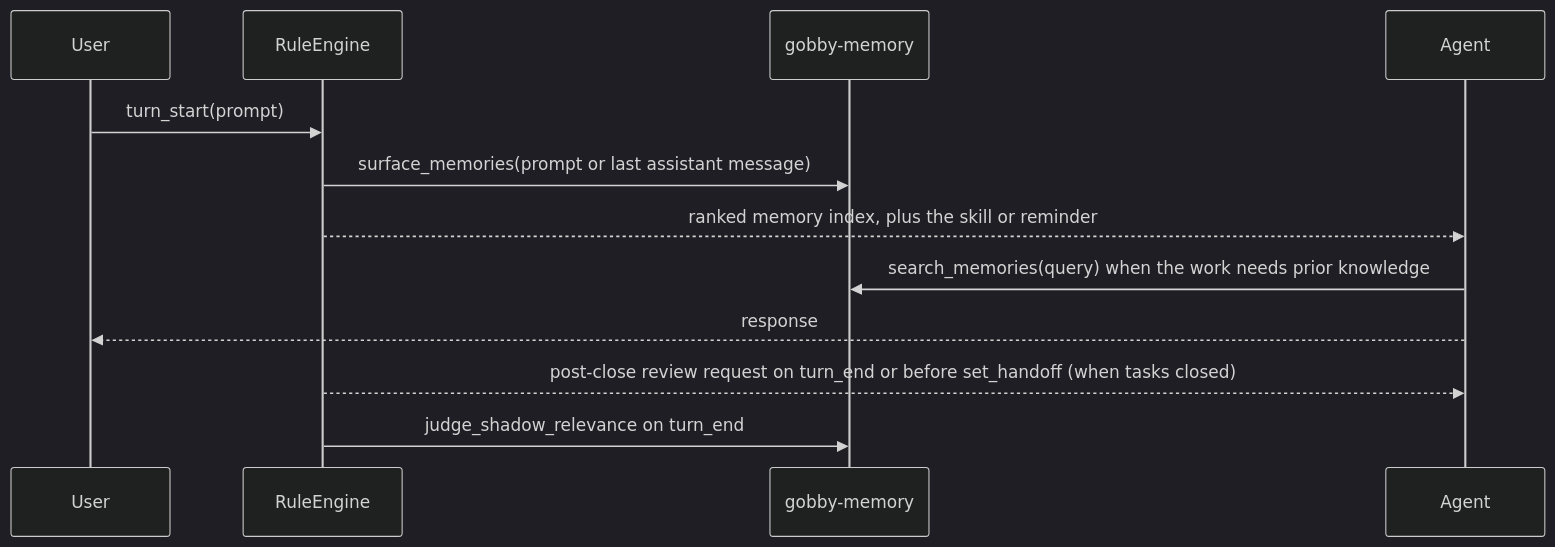
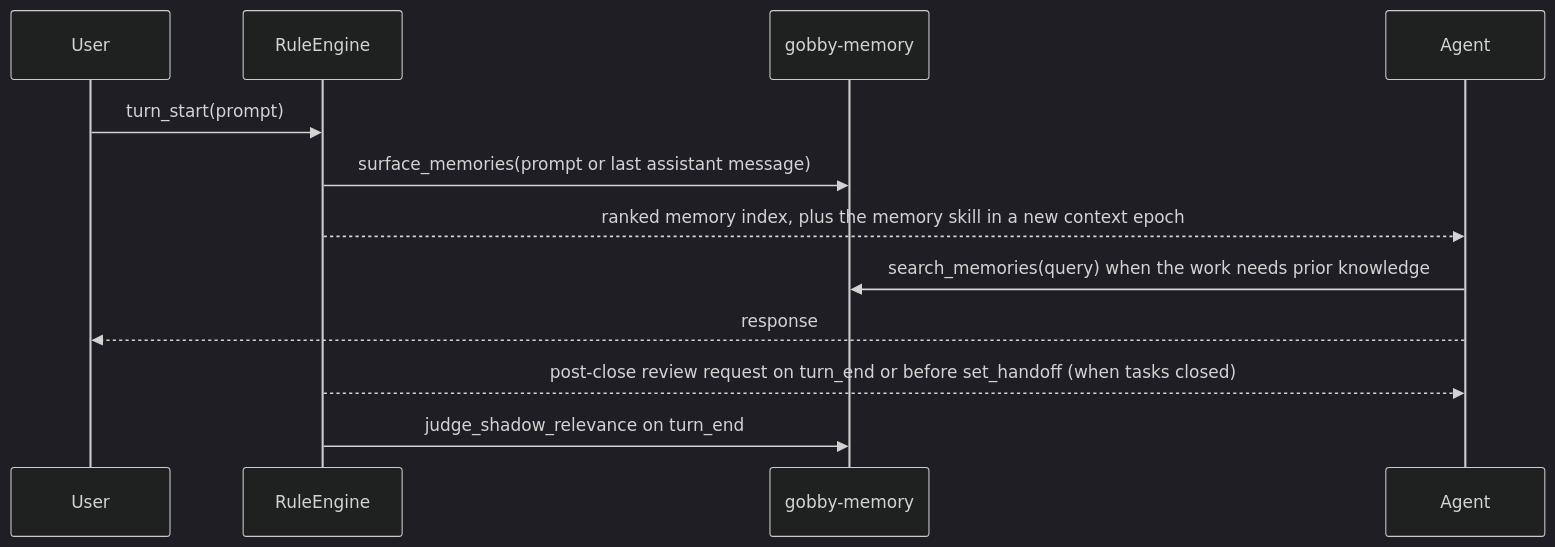
Before and after one commit to GobbyAI/gobby: the second of 2 diagrams in docs/guides/memory.md, drawn with Mermaid (dark theme). The commit also changed other lines of this file and 13 other files, not shown here.

First line of the commit message:
[gobby-#22495] docs: push memory as an index and retire the constant reminder

````diff
--- a/docs/guides/memory.md
+++ b/docs/guides/memory.md
@@ -556,15 +557,15 @@
 ```mermaid
 sequenceDiagram
     participant User
     participant RuleEngine
     participant Memory as gobby-memory
     participant Agent
 
     User->>RuleEngine: turn_start(prompt)
     RuleEngine->>Memory: surface_memories(prompt or last assistant message)
-    RuleEngine-->>Agent: ranked memory index, plus the skill or reminder
+    RuleEngine-->>Agent: ranked memory index, plus the memory skill in a new context epoch
     Agent->>Memory: search_memories(query) when the work needs prior knowledge
     Agent-->>User: response
     RuleEngine-->>Agent: post-close review request on turn_end or before set_handoff (when tasks closed)
     RuleEngine->>Memory: judge_shadow_relevance on turn_end
 ```
````
